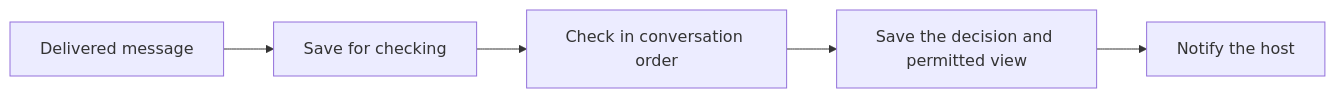
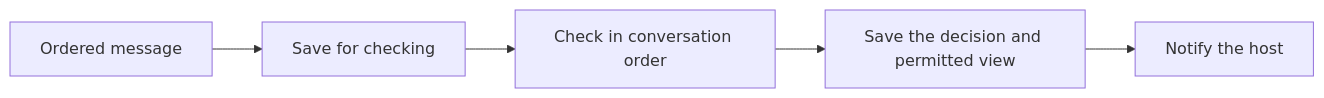
The second of 3 diagrams in packages/social-harness/src/harness/README.md (chughtapan/moltzap-staging), drawn with Mermaid before and after one commit. The commit also changed other lines of this file and 12 other files, not shown here.

````diff
--- a/packages/social-harness/src/harness/README.md
+++ b/packages/social-harness/src/harness/README.md
@@ -22,7 +26,7 @@
 ```mermaid
 flowchart LR
-  A[Delivered message] --> B[Save for checking]
+  A[Ordered message] --> B[Save for checking]
   B --> C[Check in conversation order]
   C --> D[Save the decision and permitted view]
   D --> E[Notify the host]
 ```
````
